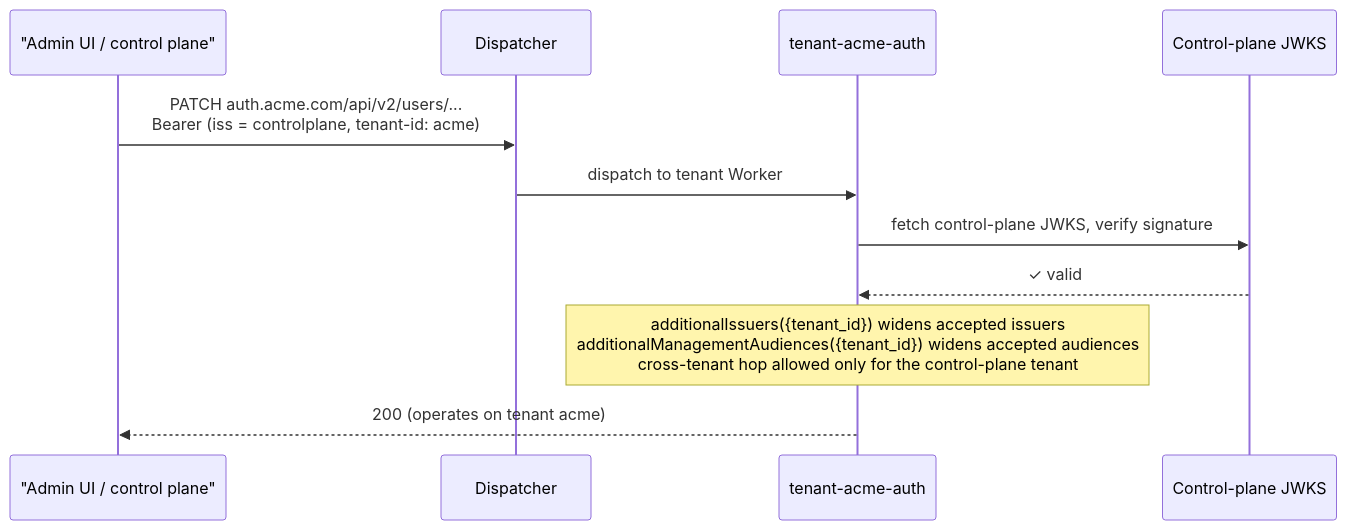
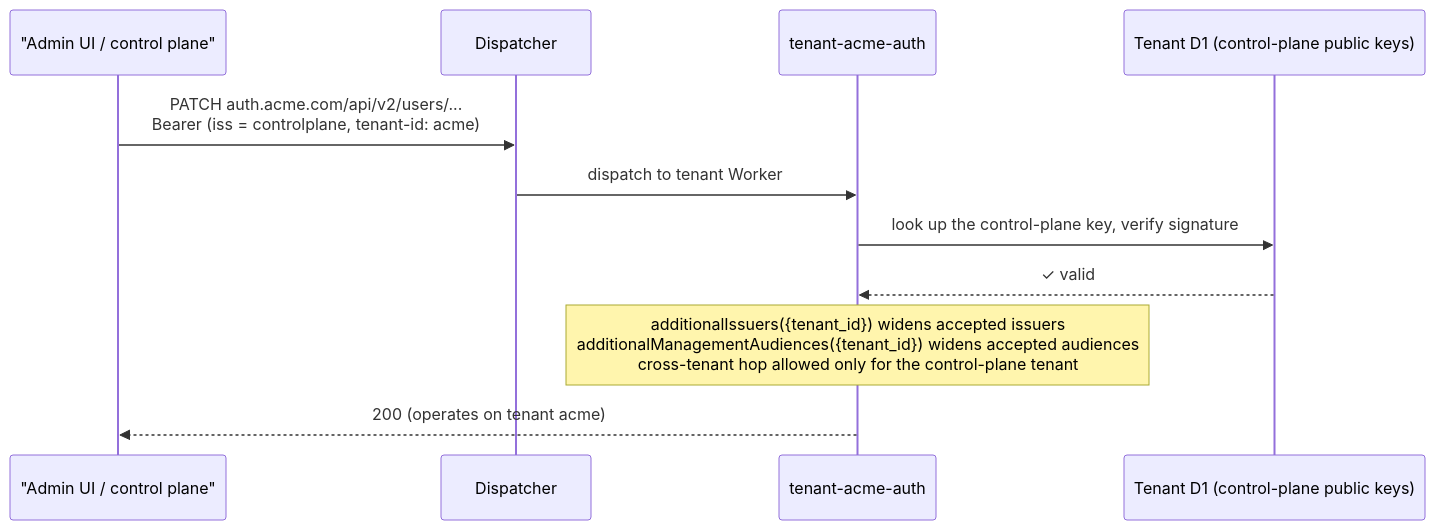
One commit to sesamyab/authhero changed the third of 3 diagrams in apps/docs/deployment/cloudflare-wfp.md. Above: the diagram before and after it, drawn with Mermaid. The commit also changed other lines of this file, not shown here.

Commit message:
docs(wfp): add the admin dashboard section and correct how control-plane tokens verify on a tenant

````diff
--- a/apps/docs/deployment/cloudflare-wfp.md
+++ b/apps/docs/deployment/cloudflare-wfp.md
@@ -764,14 +801,14 @@
 ```mermaid
 sequenceDiagram
     participant A as "Admin UI / control plane"
     participant Disp as Dispatcher
     participant T as tenant-acme-auth
-    participant J as Control-plane JWKS
+    participant J as Tenant D1 (control-plane public keys)
 
     A->>Disp: PATCH auth.acme.com/api/v2/users/...<br/>Bearer (iss = controlplane, tenant-id: acme)
     Disp->>T: dispatch to tenant Worker
-    T->>J: fetch control-plane JWKS, verify signature
+    T->>J: look up the control-plane key, verify signature
     J-->>T: ✓ valid
     Note over T: additionalIssuers({tenant_id}) widens accepted issuers<br/>additionalManagementAudiences({tenant_id}) widens accepted audiences<br/>cross-tenant hop allowed only for the control-plane tenant
     T-->>A: 200 (operates on tenant acme)
 ```
````
